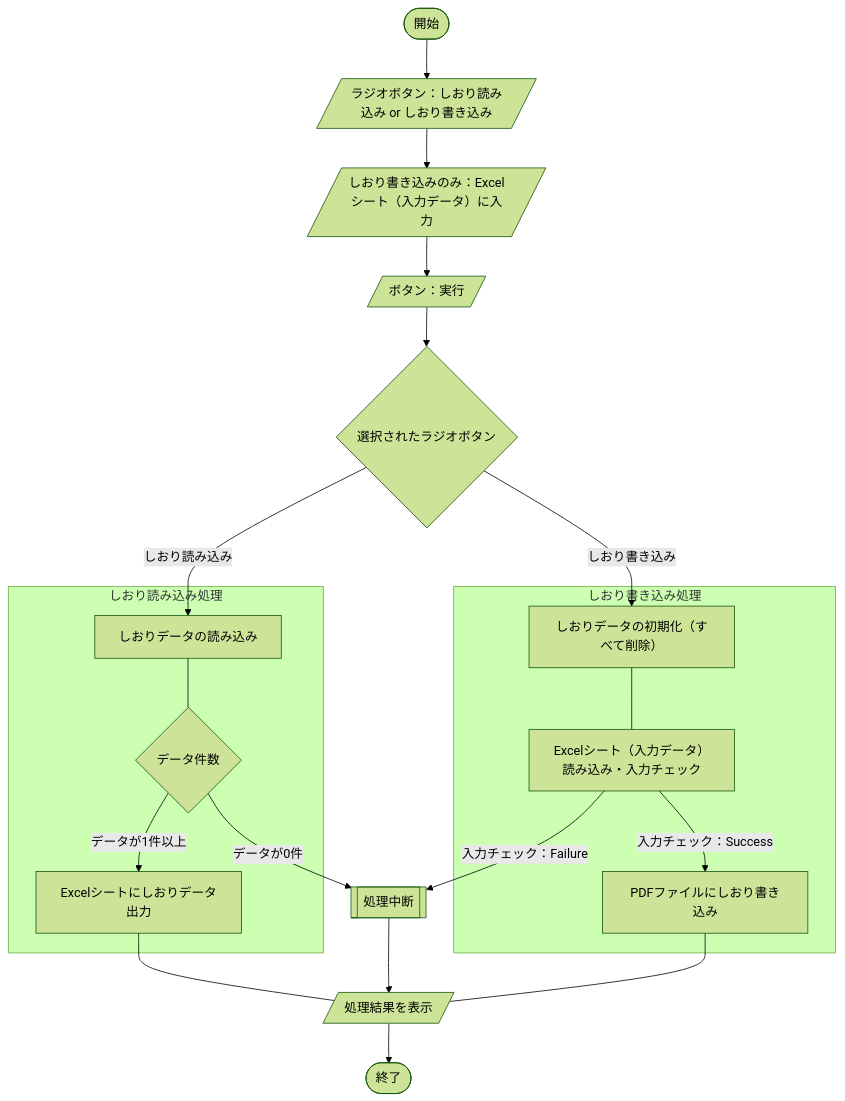
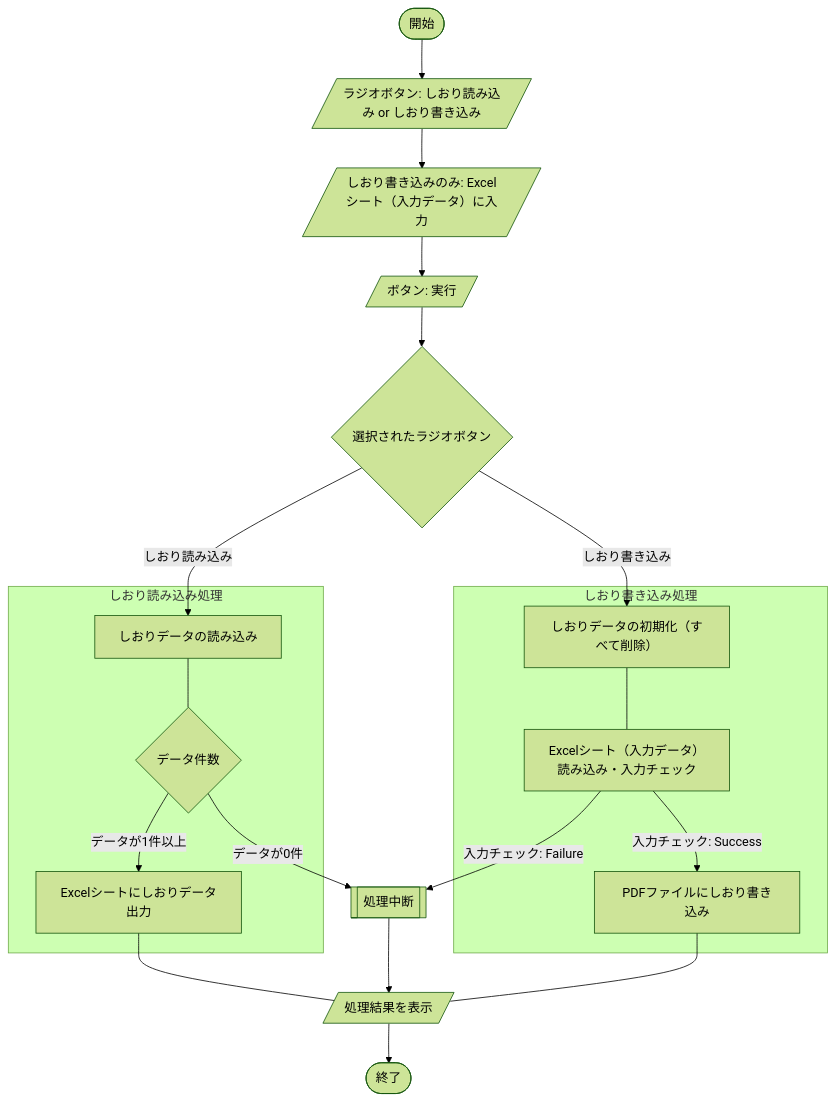
Before and after one commit to akiGAMEBOY/haretokidoki_zn: the diagram in articles/4fe3c9492bb0e2.md, drawn with Mermaid (forest theme). The commit also changed other lines of this file and 23 other files, not shown here.

````diff
--- a/articles/4fe3c9492bb0e2.md
+++ b/articles/4fe3c9492bb0e2.md
@@ -72,23 +72,23 @@
 ```mermaid
 flowchart TB
-    A(["開始"]) --> B[/"ラジオボタン：しおり読み込み or しおり書き込み"/]
-    B --> C[/"しおり書き込みのみ：Excelシート（入力データ）に入力"/]
-    C --> D[/"ボタン：実行"/]
+    A(["開始"]) --> B[/"ラジオボタン: しおり読み込み or しおり書き込み"/]
+    B --> C[/"しおり書き込みのみ: Excelシート（入力データ）に入力"/]
+    C --> D[/"ボタン: 実行"/]
     D --> E{"選択されたラジオボタン"}
     E --> |"しおり読み込み"| F["しおりデータの読み込み"]
     subgraph "しおり読み込み処理"
     F --- G{"データ件数"}
     G --> |"データが1件以上"| H["Excelシートにしおりデータ出力"]
     end
     H ---  M[/"処理結果を表示"/]
     G --> |"データが0件"| I[["処理中断"]]
     I --> M
     E --> |"しおり書き込み"| J["しおりデータの初期化（すべて削除）"]
     subgraph "しおり書き込み処理"
     J --- K["Excelシート（入力データ）読み込み・入力チェック"]
-    K --> |"入力チェック：Success"| L["PDFファイルにしおり書き込み"]
+    K --> |"入力チェック: Success"| L["PDFファイルにしおり書き込み"]
     end
-    K --> |"入力チェック：Failure"| I
+    K --> |"入力チェック: Failure"| I
     L --- M
     M --> P(["終了"])
 ```
````
